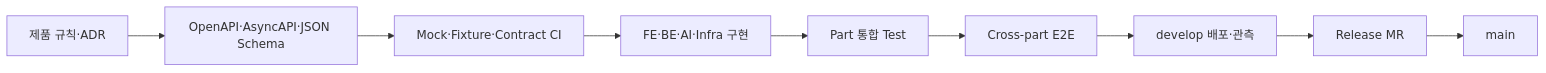
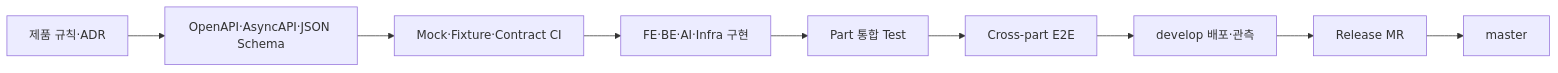
One commit to gyeolhan0789/hangguet changed the diagram in docs/CONTRIBUTING.md. Above: the diagram before and after it, drawn with Mermaid. The commit also changed other lines of this file and 1 other file, not shown here.

````diff
--- a/docs/CONTRIBUTING.md
+++ b/docs/CONTRIBUTING.md
@@ -122,11 +123,11 @@
 ```mermaid
 flowchart LR
     A[제품 규칙·ADR] --> B[OpenAPI·AsyncAPI·JSON Schema]
     B --> C[Mock·Fixture·Contract CI]
     C --> D[FE·BE·AI·Infra 구현]
     D --> E[Part 통합 Test]
     E --> F[Cross-part E2E]
     F --> G[develop 배포·관측]
     G --> H[Release MR]
-    H --> I[main]
+    H --> I[master]
 ```
````
